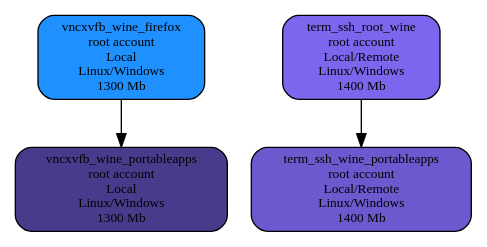
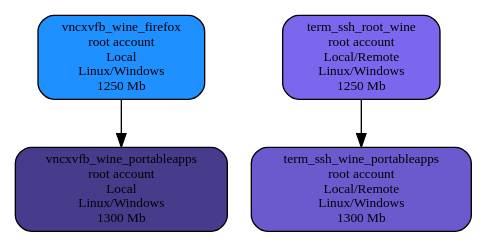
Before and after one commit to marchandd/docker_index: the diagram in graph3.dot, drawn with Graphviz. The commit also changed 7 other files, not shown here.

```diff
--- a/graph3.dot
+++ b/graph3.dot
@@ -1,9 +1,9 @@
 digraph docker
 {
- "vncxvfb_wine_firefox" [label="vncxvfb_wine_firefox\nroot account\nLocal\nLinux/Windows\n1300 Mb",shape=box,fillcolor="dodgerblue",style="filled,rounded", fontsize="10.0"];
+ "vncxvfb_wine_firefox" [label="vncxvfb_wine_firefox\nroot account\nLocal\nLinux/Windows\n1250 Mb",shape=box,fillcolor="dodgerblue",style="filled,rounded", fontsize="10.0"];
  "vncxvfb_wine_portableapps" [label="vncxvfb_wine_portableapps\nroot account\nLocal\nLinux/Windows\n1300 Mb",shape=box,fillcolor="slateblue4",style="filled,rounded", fontsize="10.0"];
- "term_ssh_root_wine" [label="term_ssh_root_wine\nroot account\nLocal/Remote\nLinux/Windows\n1400 Mb",shape=box,fillcolor="slateblue2",style="filled,rounded", fontsize="10.0"];
- "term_ssh_wine_portableapps" [label="term_ssh_wine_portableapps\nroot account\nLocal/Remote\nLinux/Windows\n1400 Mb",shape=box,fillcolor="slateblue",style="filled,rounded", fontsize="10.0"];
+ "term_ssh_root_wine" [label="term_ssh_root_wine\nroot account\nLocal/Remote\nLinux/Windows\n1250 Mb",shape=box,fillcolor="slateblue2",style="filled,rounded", fontsize="10.0"];
+ "term_ssh_wine_portableapps" [label="term_ssh_wine_portableapps\nroot account\nLocal/Remote\nLinux/Windows\n1300 Mb",shape=box,fillcolor="slateblue",style="filled,rounded", fontsize="10.0"];
  "vncxvfb_wine_firefox" -> "vncxvfb_wine_portableapps";
  "term_ssh_root_wine" -> "term_ssh_wine_portableapps";
 }
```
